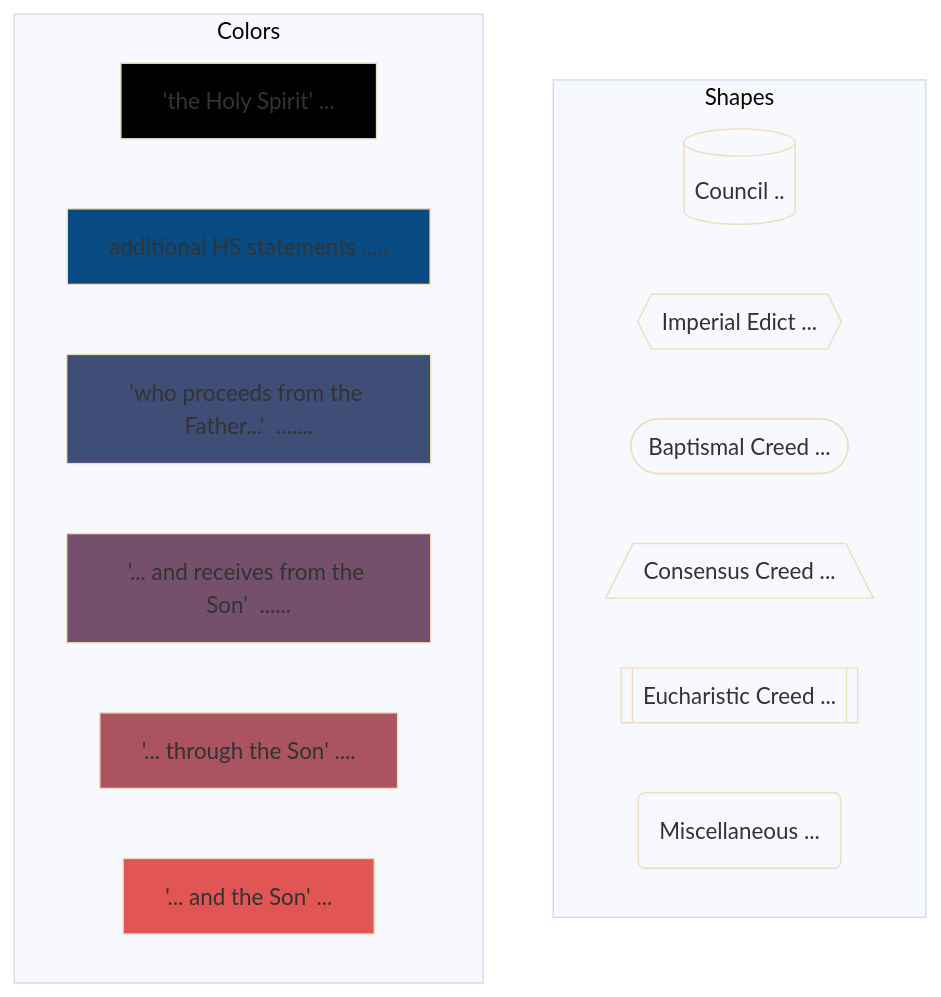
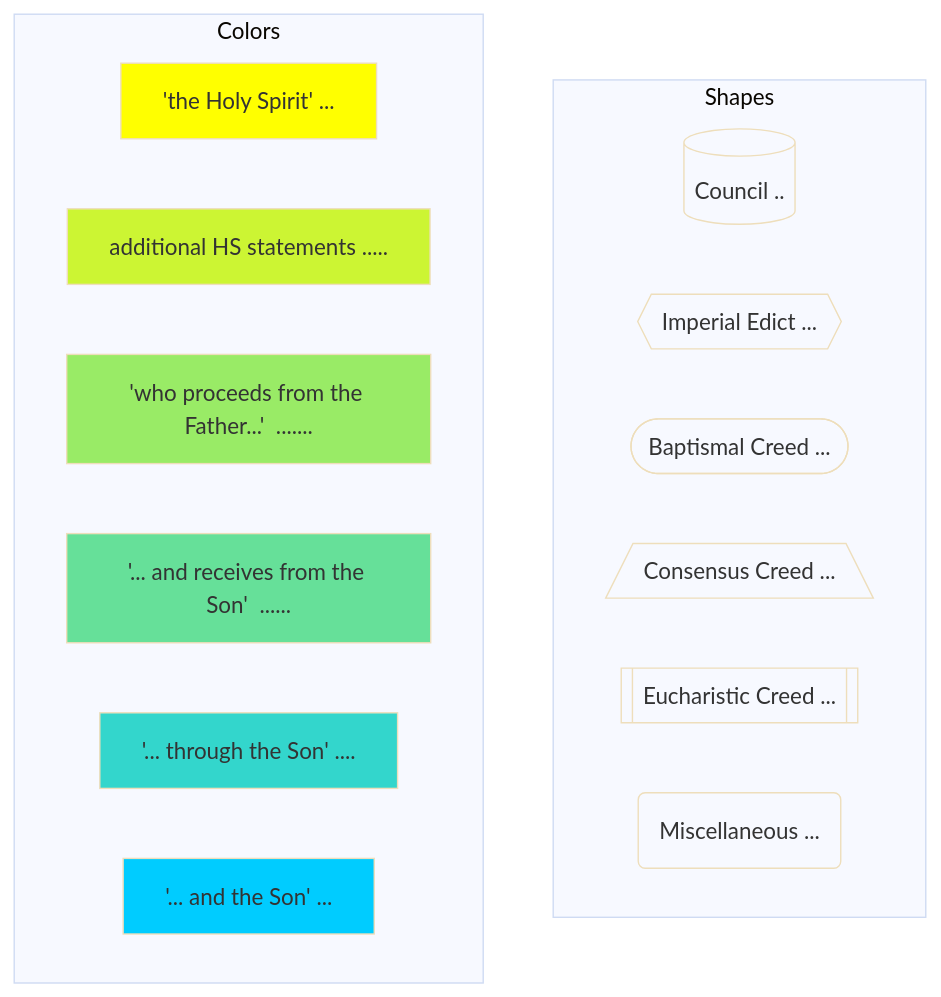
Before and after one commit to npmccallum/filioque: the first of 2 diagrams in README.md, drawn with Mermaid (base theme). The commit also changed other lines of this file, not shown here.

````diff
--- a/README.md
+++ b/README.md
@@ -5,32 +5,32 @@
 ```mermaid
 graph TB
     subgraph Shapes
         council[("Council    ..")]
         imperial{{"Imperial Edict    ..."}}
         baptismal(["Baptismal Creed    ..."])
         consensus[/"Consensus Creed    ..."\]
         eucharistic[["Eucharistic Creed    ..."]]
         miscellaneous("Miscellaneous    ...")
         style council fill:#00000000
         style imperial fill:#00000000
         style baptismal fill:#00000000
         style consensus fill:#00000000
         style eucharistic fill:#00000000
         style miscellaneous fill:#00000000
     end
 
     subgraph Colors
         basic["'the Holy Spirit'  ..."]
         extra["additional HS statements  ....."]
         proceeds["'who proceeds from the Father...'  ......."]
         receives["'... and receives from the Son'  ......"]
         through["'... through the Son'  ...."]
         filioque["'... and the Son'  ..."]
-        style basic fill:#000000
-        style extra fill:#084B83
-        style proceeds fill:#3E4E77
-        style receives fill:#75506C
-        style through fill:#AB5360
-        style filioque fill:#E15554
+        style basic fill:#FFFF00
+        style extra fill:#CCF533
+        style proceeds fill:#99EB66
+        style receives fill:#66E099
+        style through fill:#33D6CC
+        style filioque fill:#00CCFF
     end
 ```
````
